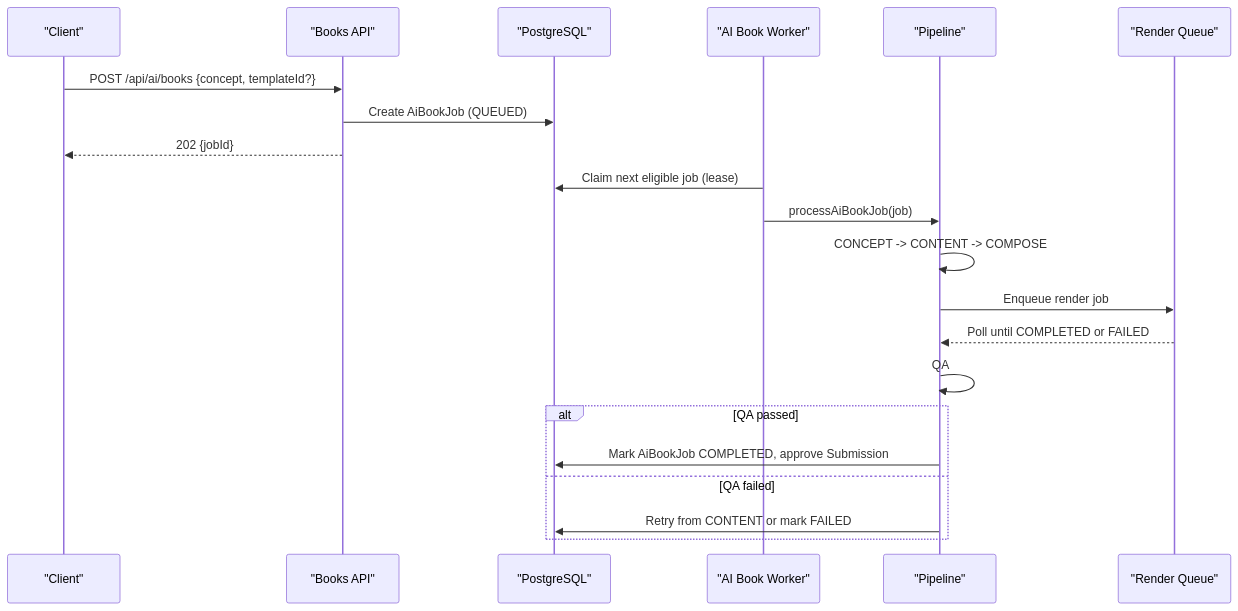
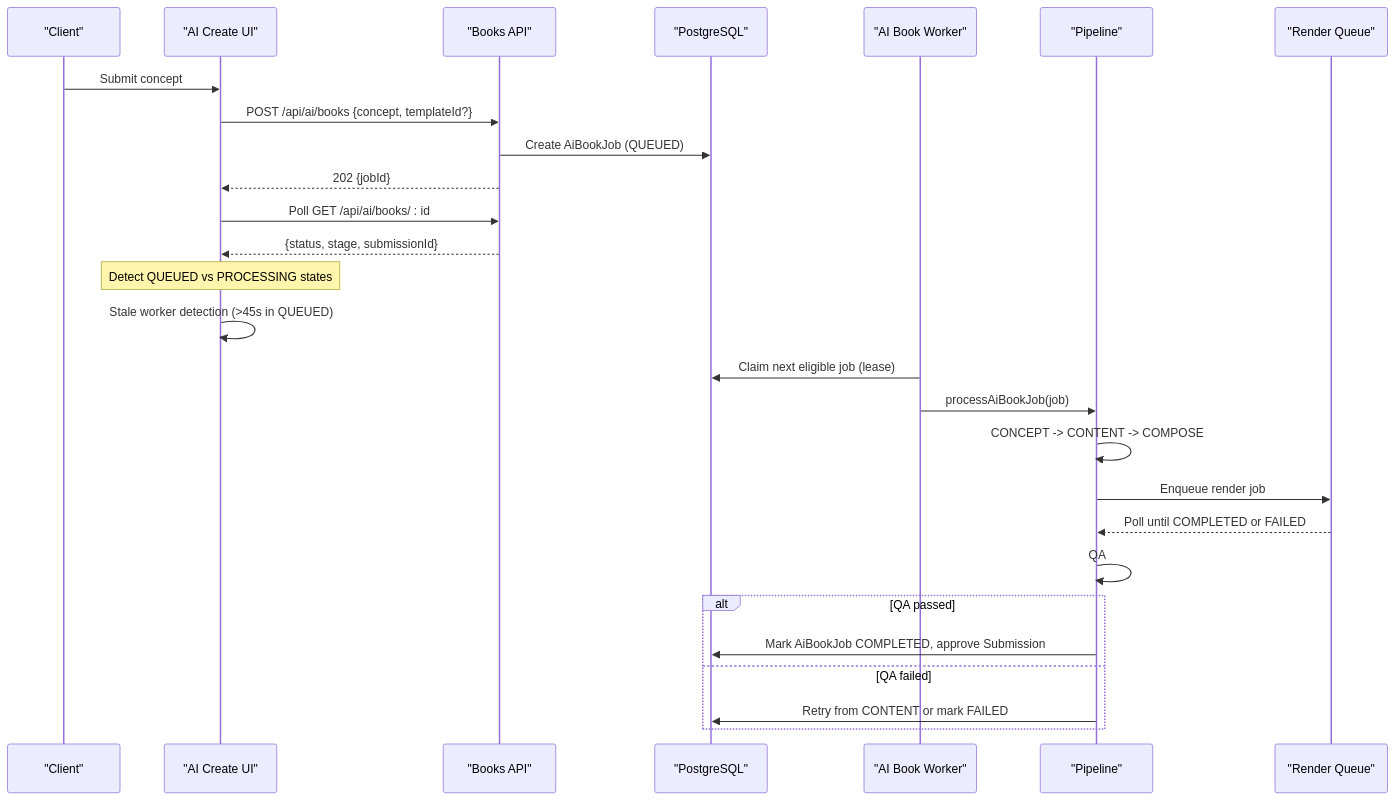
One commit to Crowdspender/titchybooks-app changed the second of 13 diagrams in .qoder/repowiki/en/content/Architecture Overview/AI Book Generation System.md. Above: the diagram before and after it, drawn with Mermaid. The commit also changed other lines of this file and 13 other files, not shown here.

````diff
--- a/.qoder/repowiki/en/content/Architecture Overview/AI Book Generation System.md
+++ b/.qoder/repowiki/en/content/Architecture Overview/AI Book Generation System.md
@@ -115,23 +122,29 @@
 ```mermaid
 sequenceDiagram
 participant Client as "Client"
+participant UI as "AI Create UI"
 participant API as "Books API"
 participant DB as "PostgreSQL"
 participant Worker as "AI Book Worker"
 participant Pipeline as "Pipeline"
 participant Render as "Render Queue"
-Client->>API : POST /api/ai/books {concept, templateId?}
+Client->>UI : Submit concept
+UI->>API : POST /api/ai/books {concept, templateId?}
 API->>DB : Create AiBookJob (QUEUED)
-API-->>Client : 202 {jobId}
+API-->>UI : 202 {jobId}
+UI->>API : Poll GET /api/ai/books/ : id
+API-->>UI : {status, stage, submissionId}
+Note over UI : Detect QUEUED vs PROCESSING states
+UI->>UI : Stale worker detection (>45s in QUEUED)
 Worker->>DB : Claim next eligible job (lease)
 Worker->>Pipeline : processAiBookJob(job)
 Pipeline->>Pipeline : CONCEPT -> CONTENT -> COMPOSE
 Pipeline->>Render : Enqueue render job
 Render-->>Pipeline : Poll until COMPLETED or FAILED
 Pipeline->>Pipeline : QA
 alt QA passed
 Pipeline->>DB : Mark AiBookJob COMPLETED, approve Submission
 else QA failed
 Pipeline->>DB : Retry from CONTENT or mark FAILED
 end
 ```
````
